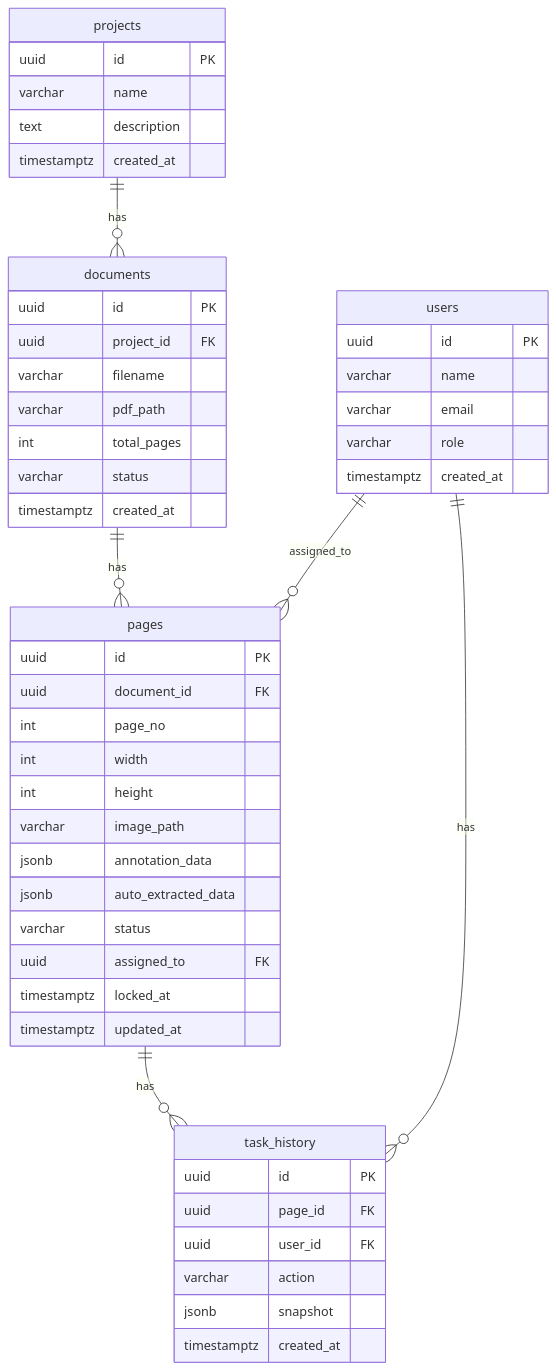
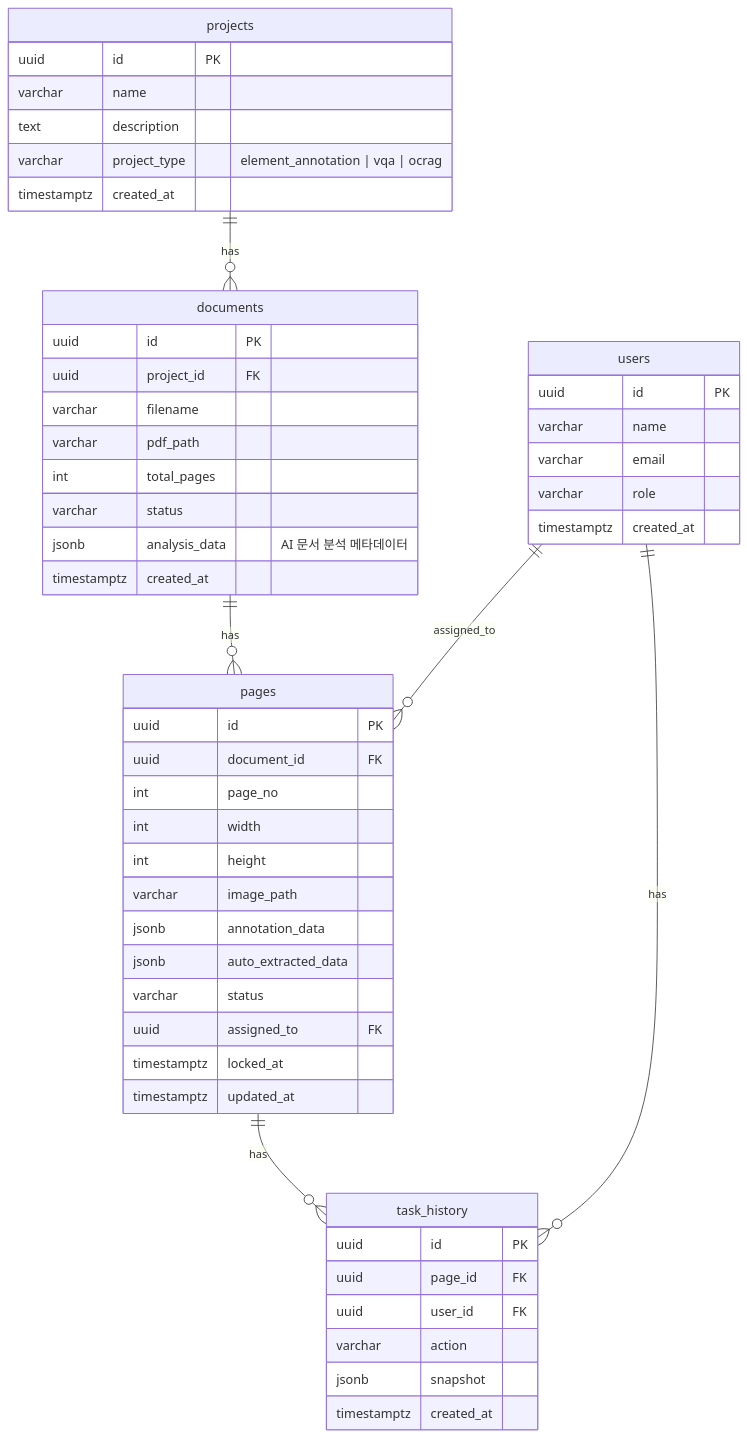
One commit to appleparan/saegim changed the diagram in saegim-backend/docs/design/database.md. Above: the diagram before and after it, drawn with Mermaid. The commit also changed other lines of this file and 17 other files, not shown here.

First line of the commit message:
docs: add analysis_data schema, expand Phase 4 roadmap, fix markdownlint

````diff
--- a/saegim-backend/docs/design/database.md
+++ b/saegim-backend/docs/design/database.md
@@ -10,57 +10,59 @@
 ```mermaid
 erDiagram
     projects ||--o{ documents : has
     documents ||--o{ pages : has
     users ||--o{ pages : "assigned_to"
     pages ||--o{ task_history : has
     users ||--o{ task_history : has
 
     projects {
         uuid id PK
         varchar name
         text description
+        varchar project_type "element_annotation | vqa | ocrag"
         timestamptz created_at
     }
 
     documents {
         uuid id PK
         uuid project_id FK
         varchar filename
         varchar pdf_path
         int total_pages
         varchar status
+        jsonb analysis_data "AI 문서 분석 메타데이터"
         timestamptz created_at
     }
 
     pages {
         uuid id PK
         uuid document_id FK
         int page_no
         int width
         int height
         varchar image_path
         jsonb annotation_data
         jsonb auto_extracted_data
         varchar status
         uuid assigned_to FK
         timestamptz locked_at
         timestamptz updated_at
     }
 
     users {
         uuid id PK
         varchar name
         varchar email
         varchar role
         timestamptz created_at
     }
 
     task_history {
         uuid id PK
         uuid page_id FK
         uuid user_id FK
         varchar action
         jsonb snapshot
         timestamptz created_at
     }
 ```
````
